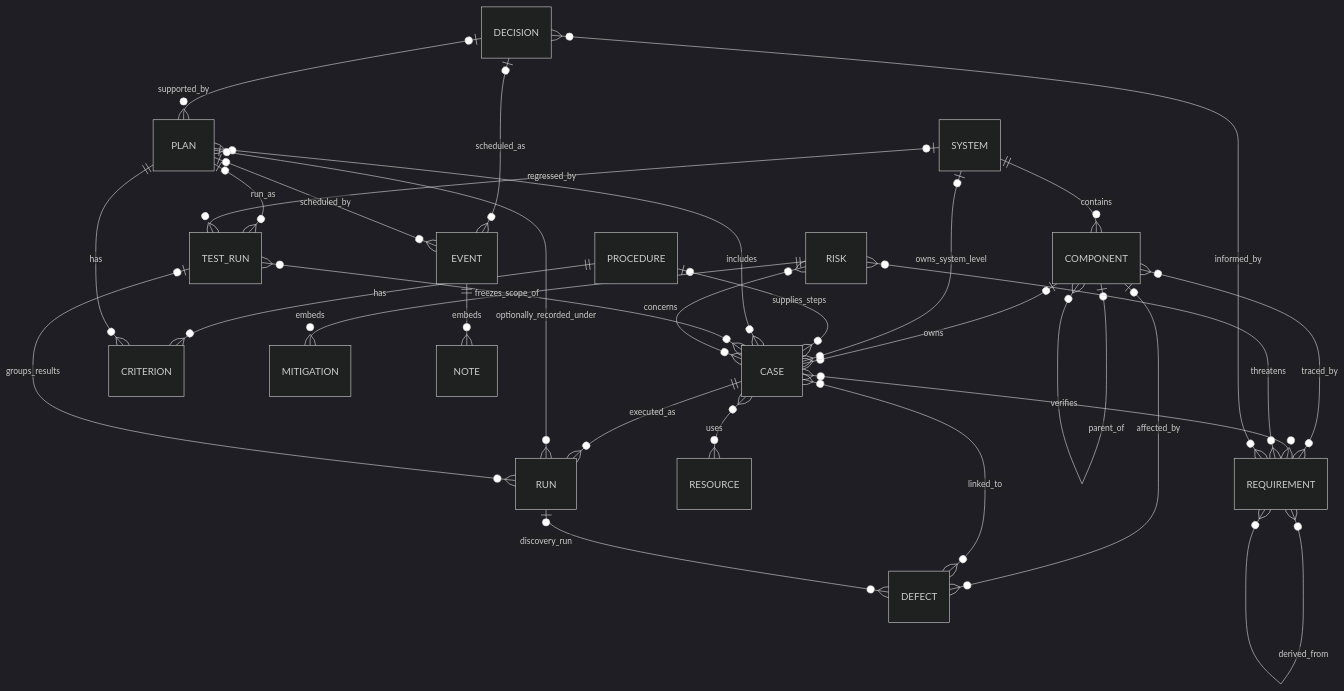
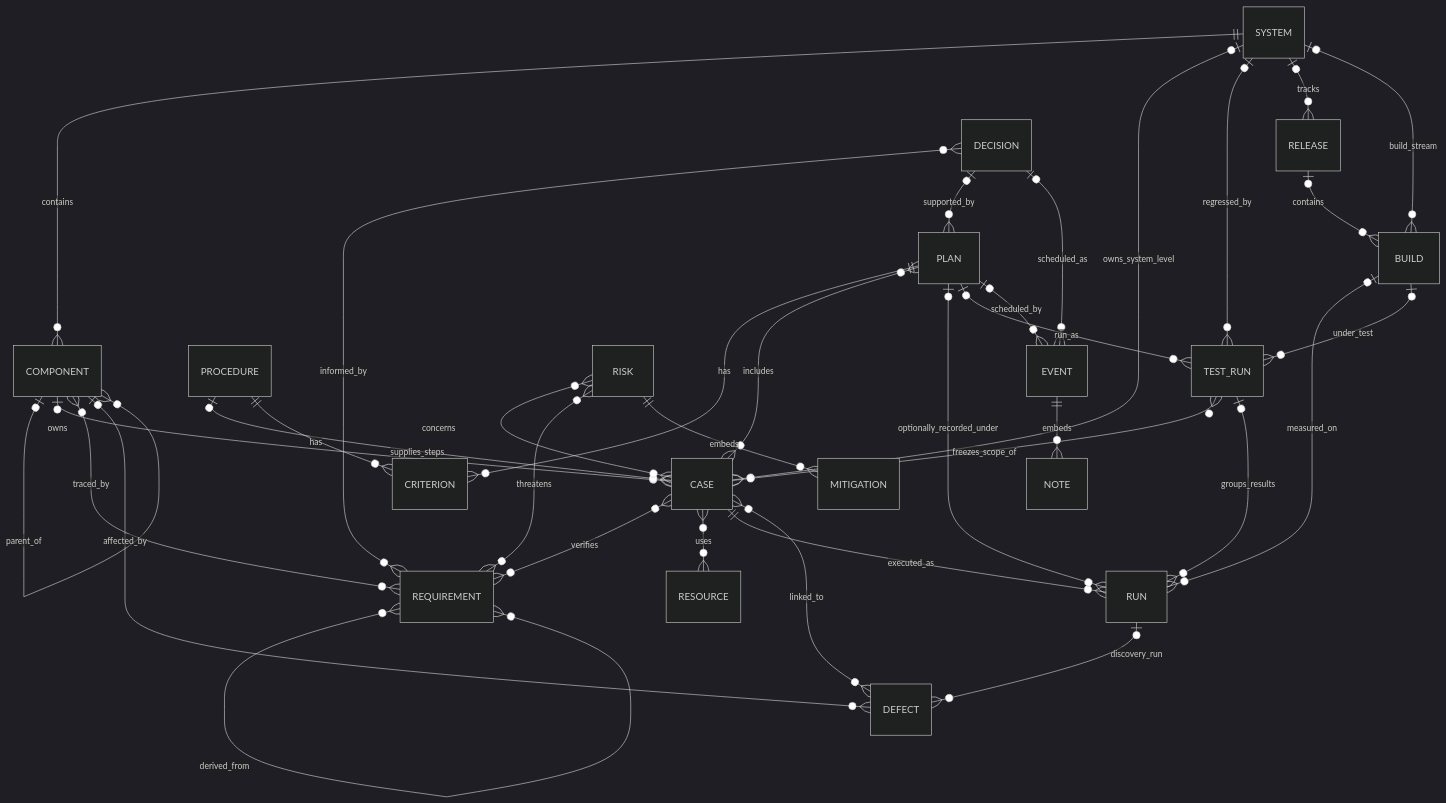
Before and after one commit to the6thdimension/MSM-1-Console: the third of 6 diagrams in docs/ARCHITECTURE.md, drawn with Mermaid (dark theme). The commit also changed other lines of this file and 18 other files, not shown here.

````diff
--- a/docs/ARCHITECTURE.md
+++ b/docs/ARCHITECTURE.md
@@ -68,32 +68,37 @@
 ```mermaid
 erDiagram
   SYSTEM ||--o{ COMPONENT : contains
   COMPONENT o|--o{ COMPONENT : parent_of
   COMPONENT o|--o{ CASE : owns
   SYSTEM o|--o{ CASE : owns_system_level
   COMPONENT }o--o{ REQUIREMENT : traced_by
   REQUIREMENT }o--o{ REQUIREMENT : derived_from
   PROCEDURE o|--o{ CASE : supplies_steps
   PROCEDURE ||--o{ CRITERION : has
   PLAN ||--o{ CRITERION : has
   CASE }o--o{ REQUIREMENT : verifies
   CASE }o--o{ RESOURCE : uses
   PLAN }o--o{ CASE : includes
   CASE ||--o{ RUN : executed_as
   PLAN o|--o{ RUN : optionally_recorded_under
   PLAN o|--o{ TEST_RUN : run_as
   SYSTEM o|--o{ TEST_RUN : regressed_by
   TEST_RUN }o--o{ CASE : freezes_scope_of
   TEST_RUN o|--o{ RUN : groups_results
+  SYSTEM o|--o{ RELEASE : tracks
+  SYSTEM o|--o{ BUILD : build_stream
+  RELEASE o|--o{ BUILD : contains
+  BUILD o|--o{ RUN : measured_on
+  BUILD o|--o{ TEST_RUN : under_test
   COMPONENT o|--o{ DEFECT : affected_by
   CASE }o--o{ DEFECT : linked_to
   RUN o|--o{ DEFECT : discovery_run
   RISK }o--o{ CASE : concerns
   RISK }o--o{ REQUIREMENT : threatens
   RISK ||--o{ MITIGATION : embeds
   DECISION }o--o{ REQUIREMENT : informed_by
   DECISION o|--o{ PLAN : supported_by
   DECISION o|--o{ EVENT : scheduled_as
   PLAN o|--o{ EVENT : scheduled_by
   EVENT ||--o{ NOTE : embeds
 ```
````
